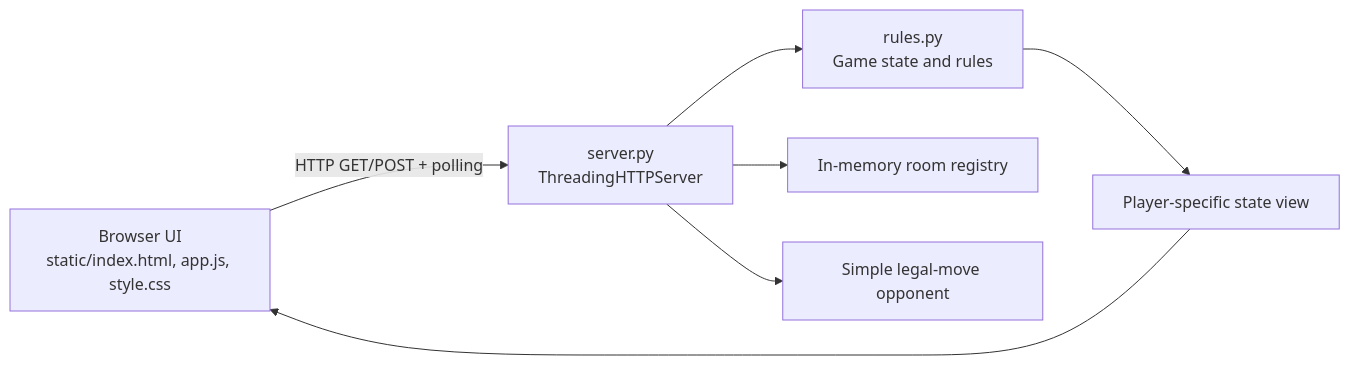
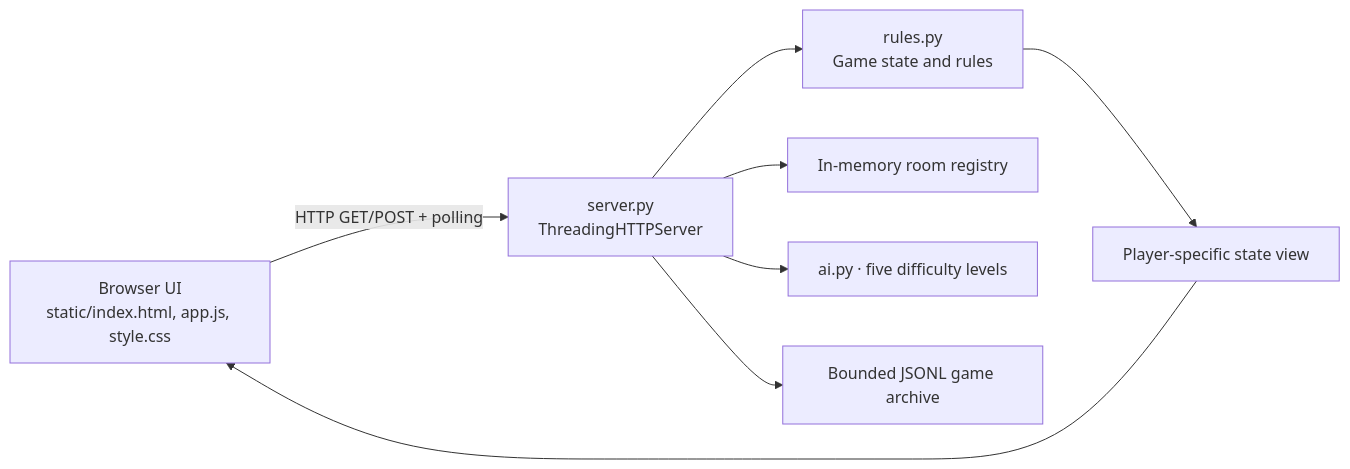
The first of 3 diagrams in Multiple Agents/ARCHITECTURE_AND_USER_MANUAL.md (vibalenator-eng/malom), drawn with Mermaid before and after one commit. The commit also changed other lines of this file and 11 other files, not shown here.

Commit message:
Add selectable snapszer AI difficulty levels

````diff
--- a/Multiple Agents/ARCHITECTURE_AND_USER_MANUAL.md
+++ b/Multiple Agents/ARCHITECTURE_AND_USER_MANUAL.md
@@ -15,9 +15,10 @@
 ```mermaid
 flowchart LR
     Browser[Browser UI\nstatic/index.html, app.js, style.css] -->|HTTP GET/POST + polling| Server[server.py\nThreadingHTTPServer]
     Server --> Rules[rules.py\nGame state and rules]
     Server --> Rooms[In-memory room registry]
-    Server --> AI[Simple legal-move opponent]
+    Server --> AI[ai.py · five difficulty levels]
+    Server --> Archive[Bounded JSONL game archive]
     Rules --> View[Player-specific state view]
     View --> Browser
 ```
````
